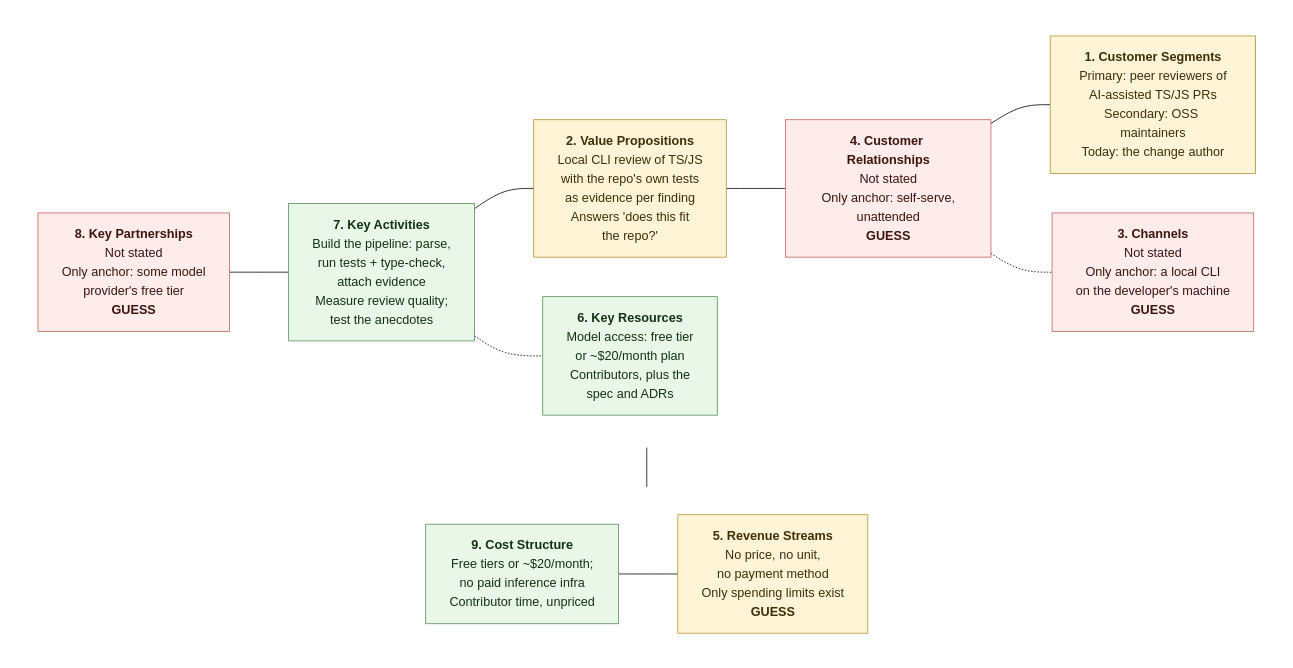
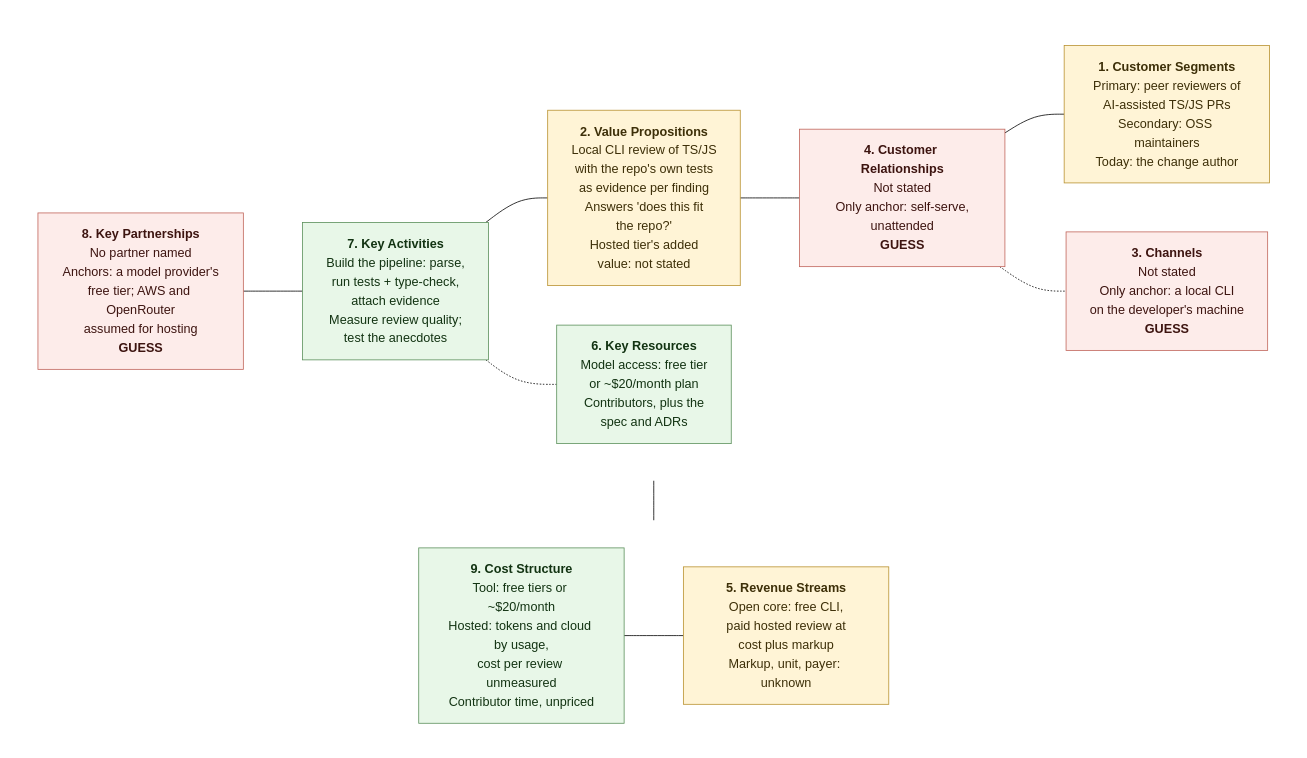
Before and after one commit to nhahub/NHA-5-285: the diagram in Docs/Draft/enterpenuership/003-business-model-canvas.md, drawn with Mermaid (forest theme). The commit also changed other lines of this file and 3 other files, not shown here.

First line of the commit message:
docs(draft): record the open-core business model decision

````diff
--- a/Docs/Draft/enterpenuership/003-business-model-canvas.md
+++ b/Docs/Draft/enterpenuership/003-business-model-canvas.md
@@ -64,39 +72,39 @@
 ```mermaid
 flowchart TB
     subgraph TOP[" "]
         direction LR
-        KP["<b>8. Key Partnerships</b><br/>Not stated<br/>Only anchor: some model<br/>provider's free tier<br/><b>GUESS</b>"]
+        KP["<b>8. Key Partnerships</b><br/>No partner named<br/>Anchors: a model provider's<br/>free tier; AWS and OpenRouter<br/>assumed for hosting<br/><b>GUESS</b>"]
         KA["<b>7. Key Activities</b><br/>Build the pipeline: parse,<br/>run tests + type-check,<br/>attach evidence<br/>Measure review quality;<br/>test the anecdotes"]
-        VP["<b>2. Value Propositions</b><br/>Local CLI review of TS/JS<br/>with the repo's own tests<br/>as evidence per finding<br/>Answers 'does this fit<br/>the repo?'"]
+        VP["<b>2. Value Propositions</b><br/>Local CLI review of TS/JS<br/>with the repo's own tests<br/>as evidence per finding<br/>Answers 'does this fit<br/>the repo?'<br/>Hosted tier's added<br/>value: not stated"]
         CR["<b>4. Customer Relationships</b><br/>Not stated<br/>Only anchor: self-serve,<br/>unattended<br/><b>GUESS</b>"]
         CS["<b>1. Customer Segments</b><br/>Primary: peer reviewers of<br/>AI-assisted TS/JS PRs<br/>Secondary: OSS maintainers<br/>Today: the change author"]
         KR["<b>6. Key Resources</b><br/>Model access: free tier<br/>or ~$20/month plan<br/>Contributors, plus the<br/>spec and ADRs"]
         CH["<b>3. Channels</b><br/>Not stated<br/>Only anchor: a local CLI<br/>on the developer's machine<br/><b>GUESS</b>"]
 
         KP --- KA
         KA --- VP
         VP --- CR
         CR --- CS
         KA -.- KR
         CR -.- CH
     end
 
     subgraph BOTTOM[" "]
         direction LR
-        C["<b>9. Cost Structure</b><br/>Free tiers or ~$20/month;<br/>no paid inference infra<br/>Contributor time, unpriced"]
-        R["<b>5. Revenue Streams</b><br/>No price, no unit,<br/>no payment method<br/>Only spending limits exist<br/><b>GUESS</b>"]
+        C["<b>9. Cost Structure</b><br/>Tool: free tiers or ~$20/month<br/>Hosted: tokens and cloud by usage,<br/>cost per review unmeasured<br/>Contributor time, unpriced"]
+        R["<b>5. Revenue Streams</b><br/>Open core: free CLI,<br/>paid hosted review at<br/>cost plus markup<br/>Markup, unit, payer: unknown"]
         C --- R
     end
 
     TOP --- BOTTOM
 
     classDef given fill:#e8f7e8,stroke:#5a8f5a,color:#123312
     classDef guess fill:#fdecea,stroke:#c0645a,color:#3d1410
     classDef risky fill:#fff4d6,stroke:#b8912f,color:#3d2f08
     classDef frame fill:none,stroke:none
 
     class KA,KR,C given
     class KP,CR,CH guess
     class VP,CS,R risky
     class TOP,BOTTOM frame
 ```
````
